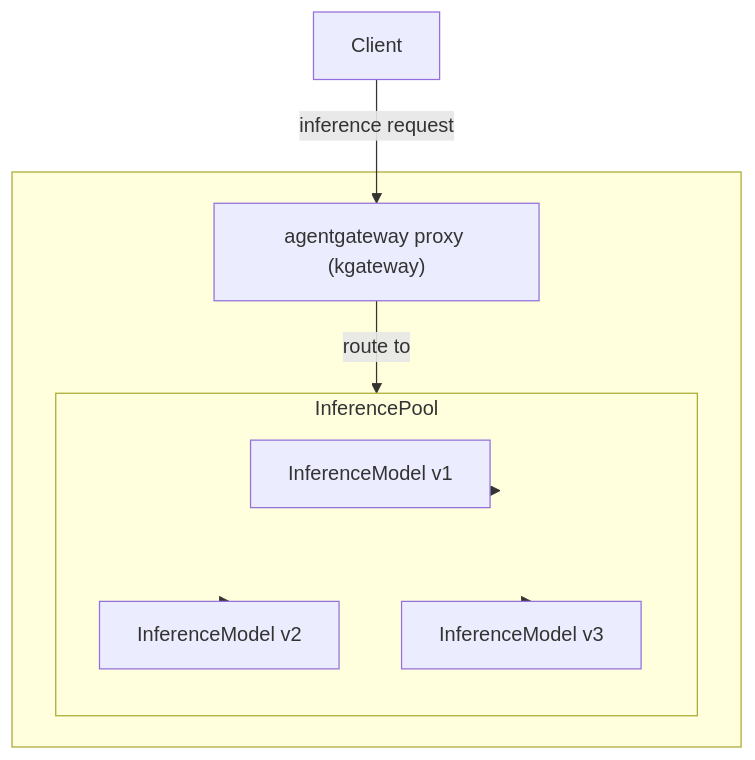
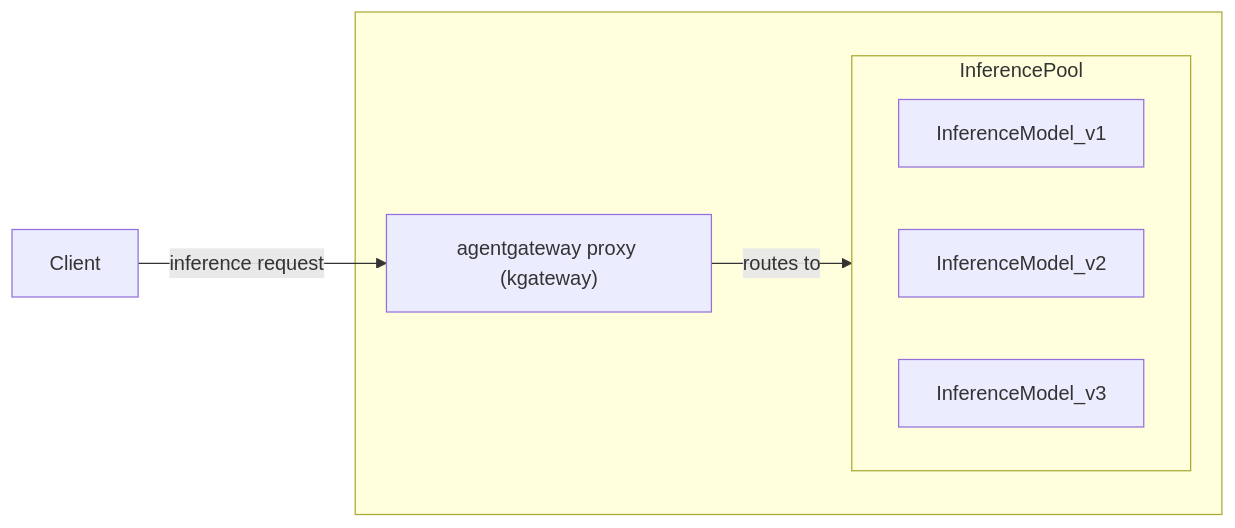
Before and after one commit to agentgateway/website: the second of 2 diagrams in content/docs/inference/_index.md, drawn with Mermaid. The commit also changed other lines of this file, not shown here.

Commit message:
update mermaid diagrams
See discussion in Slack: https://solo-io-corp.slack.com/archives/C08P050QFGF/p1759738406725189

````diff
--- a/content/docs/inference/_index.md
+++ b/content/docs/inference/_index.md
@@ -35,17 +28,14 @@
 ```mermaid
-graph TD
+graph LR
     Client -->|inference request| agentgateway["agentgateway proxy (kgateway)"]
-    agentgateway["agentgateway proxy (kgateway)"] -->|route to| InferencePool
-    InferencePool -->InferenceModel_v1["InferenceModel v1"]
-    InferencePool --> InferenceModel_v2["InferenceModel v2"]
-    InferencePool --> InferenceModel_v3["InferenceModel v3"]
+    agentgateway["agentgateway proxy (kgateway)"] -->|routes to| InferencePool
     subgraph  
         subgraph InferencePool
-            direction TB
+            direction LR
             InferenceModel_v1
             InferenceModel_v2
             InferenceModel_v3
         end
         agentgateway
     end
 ```
````
